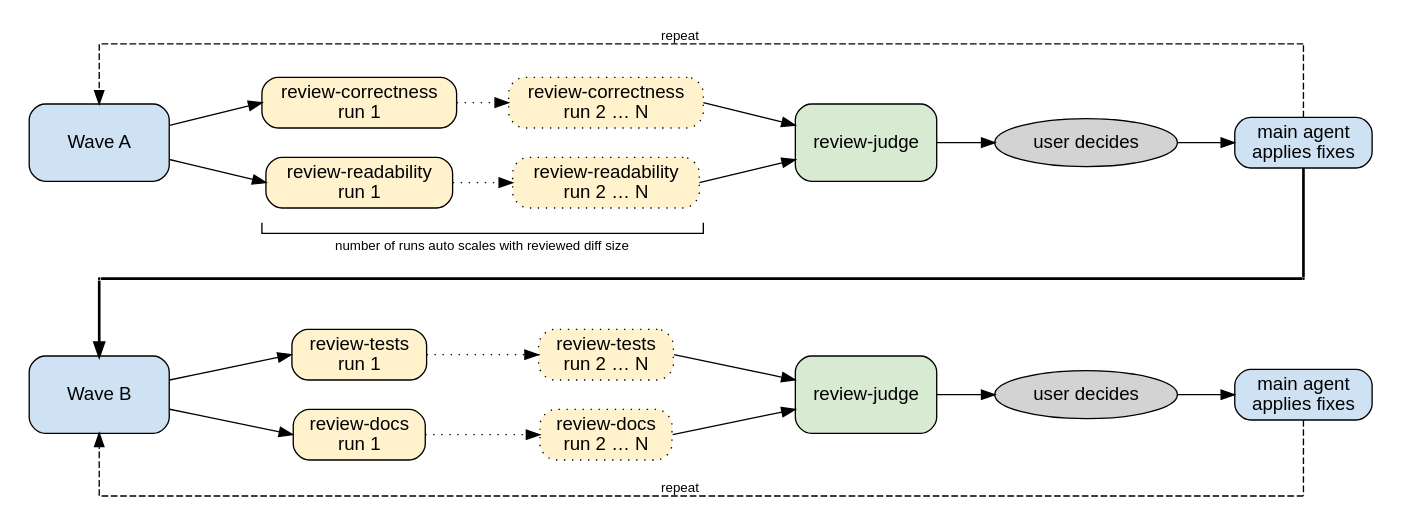
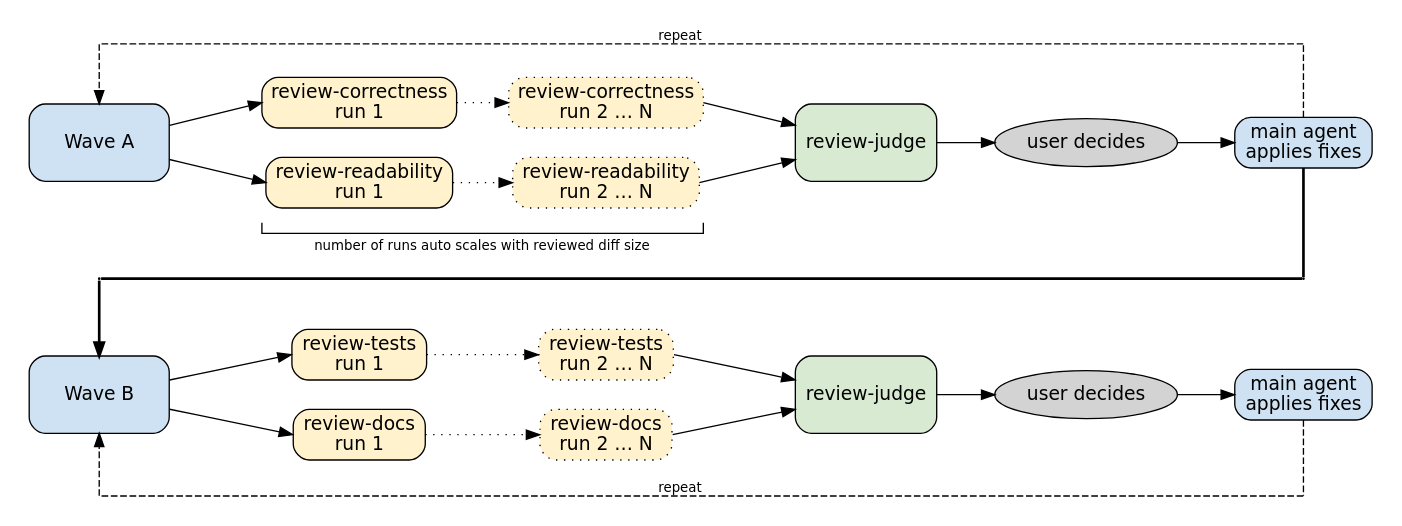
Before and after one commit to desbma/agent-skills: the diagram in docs/review-auto-loop.dot, drawn with Graphviz. The commit also changed 5 other files, not shown here.

Commit message:
feat(dot-diagrams): check font consistency and nested frames

```diff
--- a/docs/review-auto-loop.dot
+++ b/docs/review-auto-loop.dot
@@ -1,87 +1,88 @@
 digraph review_workflow {
     layout=neato
     inputscale=72
     splines=line
     pad=0.2
-    node [shape=box, style="rounded,filled", fontname="Helvetica"]
-    edge [fontname="Helvetica", fontsize=10]
+    fontname="DejaVu Sans,sans-serif"
+    node [shape=box, style="rounded,filled", fontname="DejaVu Sans,sans-serif"]
+    edge [fontname="DejaVu Sans,sans-serif", fontsize=10]
 
     // Main agent, waves sized and spaced like the judges, mirroring their arrows
     node [fillcolor="#cfe2f3"]
     wave_a [label="Wave A", pos="-15,266!", width=1.46, height=0.8]
     wave_b [label="Wave B", pos="-15,77!", width=1.46, height=0.8]
     apply_a [label="main agent\napplies fixes", pos="888,266!"]
     apply_b [label="main agent\napplies fixes", pos="888,77!"]
 
     // Reviewers, in run columns, two rows per wave
     node [fillcolor="#fff2cc"]
     correctness [label="review-correctness\nrun 1", pos="180,296!"]
     readability [label="review-readability\nrun 1", pos="180,236!"]
     tests [label="review-tests\nrun 1", pos="180,107!"]
     docs [label="review-docs\nrun 1", pos="180,47!"]
     node [style="rounded,filled,dotted"]
     correctness_n [label="review-correctness\nrun 2 … N", pos="365,296!"]
     readability_n [label="review-readability\nrun 2 … N", pos="365,236!"]
     tests_n [label="review-tests\nrun 2 … N", pos="365,107!"]
     docs_n [label="review-docs\nrun 2 … N", pos="365,47!"]
 
     // Judge, tall enough for its two arrows to arrive on its left side
     node [style="rounded,filled", fillcolor="#d9ead3", height=0.8]
     judge_a [label="review-judge", pos="560,266!"]
     judge_b [label="review-judge", pos="560,77!"]
 
     // User
     node [shape=ellipse, style=filled, fillcolor=lightgrey, height=0.5]
     user_a [label="user decides", pos="725,266!"]
     user_b [label="user decides", pos="725,77!"]
 
     // Bracket spanning the run columns of the first wave's reviewers, and its note
     node [shape=plain, style=""]
     bracket_a [pos="272,202!", label=<<table border="0" cellborder="1" cellspacing="0"><tr><td sides="LBR" width="331" height="8"></td></tr></table>>]
     note [pos="272,188!", fontsize=10, label="number of runs auto scales with reviewed diff size"]
 
     // Corners of the repeat and hand-off lines
     node [shape=point, style=invis, width=0]
     repeat_a1 [pos="888,340!"]; repeat_a2 [pos="-15,340!"]
     repeat_b1 [pos="888,1!"]; repeat_b2 [pos="-15,1!"]
     // Dots as wide as the hand-off line, joining its segments
     node [style="", width=0.028, penwidth=0, fillcolor=black]
     handoff_1 [pos="888,164!"]; handoff_2 [pos="-15,164!"]
 
     // Wave A
     wave_a -> correctness [headport=w]
     wave_a -> readability [headport=w]
     correctness -> correctness_n [style=dotted]
     readability -> readability_n [style=dotted]
     correctness_n -> judge_a [tailport=e]
     readability_n -> judge_a [tailport=e]
     judge_a -> user_a
     user_a -> apply_a
     // Repeat, around the top of the wave
     edge [style=dashed, dir=none]
     apply_a -> repeat_a1 [tailport=n]
     repeat_a1 -> repeat_a2 [label="repeat"]
     repeat_a2 -> wave_a [headport=n, dir=forward]
 
     // Hand-off to wave B, between the rows
     edge [style="", penwidth=2]
     apply_a -> handoff_1 [tailport=s]
     handoff_1 -> handoff_2
     handoff_2 -> wave_b [headport=n, dir=forward]
 
     // Wave B
     edge [penwidth=1, dir=forward]
     wave_b -> tests [headport=w]
     wave_b -> docs [headport=w]
     tests -> tests_n [style=dotted]
     docs -> docs_n [style=dotted]
     tests_n -> judge_b [tailport=e]
     docs_n -> judge_b [tailport=e]
     judge_b -> user_b
     user_b -> apply_b
     // Repeat, around the bottom of the wave
     edge [style=dashed, dir=none]
     apply_b -> repeat_b1 [tailport=s]
     repeat_b1 -> repeat_b2 [label="repeat"]
     repeat_b2 -> wave_b [headport=s, dir=forward]
 }
```
